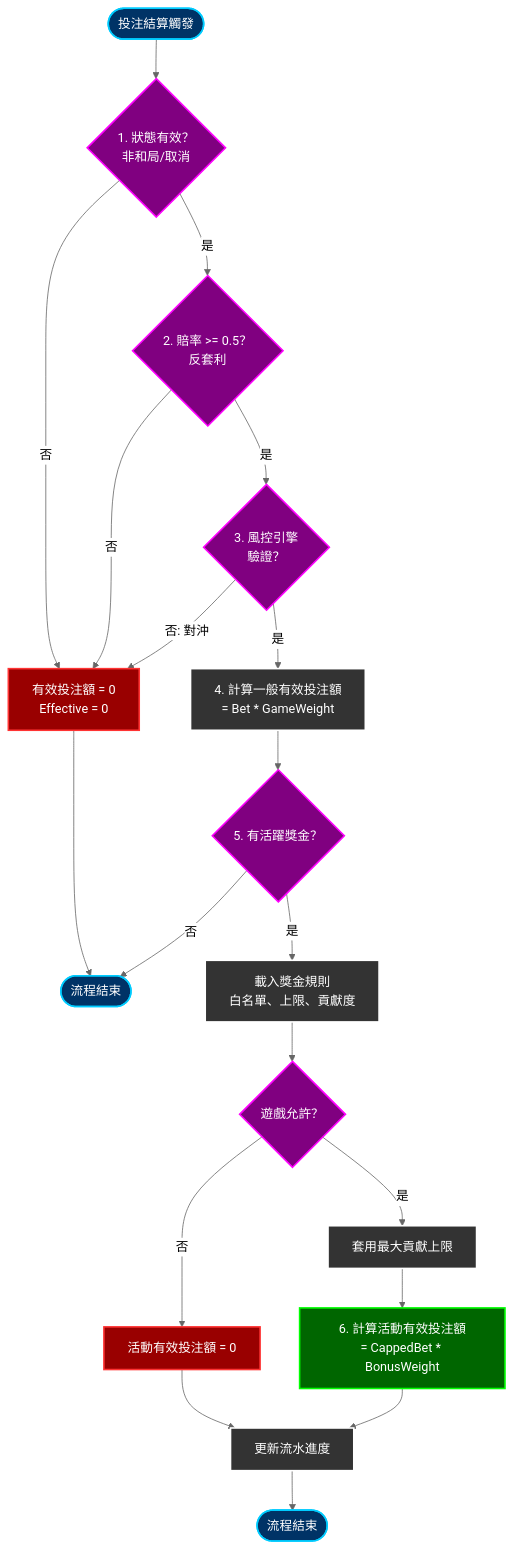
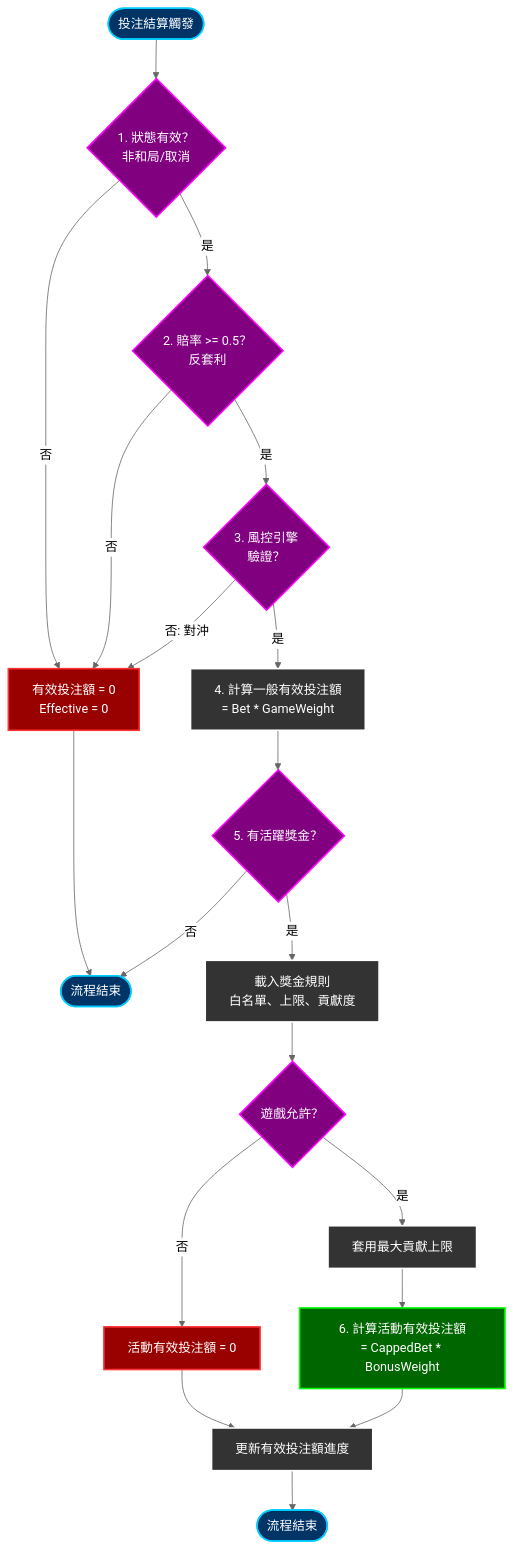
The second of 2 diagrams in docs/iGaming/architecture/02_Finance_Service/Turnover_Calculation_Architecture.md (ron03wlb/smart-admin), drawn with Mermaid (neutral theme) before and after one commit. The commit also changed 14 other files, not shown here.

````diff
--- a/docs/iGaming/architecture/02_Finance_Service/Turnover_Calculation_Architecture.md
+++ b/docs/iGaming/architecture/02_Finance_Service/Turnover_Calculation_Architecture.md
@@ -506,27 +506,27 @@
 ```mermaid
 flowchart TD
     classDef startend fill:#003366,stroke:#00ccff,stroke-width:2px,color:#fff;
     classDef process fill:#333333,stroke:#fff,stroke-width:2px,color:#fff;
     classDef decision fill:#800080,stroke:#ff00ff,stroke-width:2px,color:#fff;
     classDef fail fill:#990000,stroke:#ff3333,stroke-width:2px,color:#fff;
     classDef success fill:#006600,stroke:#00ff00,stroke-width:2px,color:#fff;
 
     Bet([投注結算觸發]):::startend --> CheckStatus{1. 狀態有效？<br/>非和局/取消}:::decision
     CheckStatus -- 否 --> Invalid[有效投注額 = 0<br/>Effective = 0]:::fail
     CheckStatus -- 是 --> CheckOdds{2. 賠率 >= 0.5？<br/>反套利}:::decision
     CheckOdds -- 否 --> Invalid
     CheckOdds -- 是 --> RiskCheck{3. 風控引擎<br/>驗證？}:::decision
     RiskCheck -- 否: 對沖 --> Invalid
     RiskCheck -- 是 --> GeneralCalc[4. 計算一般有效投注額<br/>= Bet * GameWeight]:::process
     GeneralCalc --> HasBonus{5. 有活躍獎金？}:::decision
     HasBonus -- 否 --> EndNormal([流程結束]):::startend
     HasBonus -- 是 --> BonusRule[載入獎金規則<br/>白名單、上限、貢獻度]:::process
     BonusRule --> CheckWhite{遊戲允許？}:::decision
     CheckWhite -- 否 --> BonusZero[活動有效投注額 = 0]:::fail
     CheckWhite -- 是 --> CalcCap[套用最大貢獻上限]:::process
     CalcCap --> CalcBonusTO[6. 計算活動有效投注額<br/>= CappedBet * BonusWeight]:::success
-    BonusZero --> UpdateProgress[更新流水進度]:::process
+    BonusZero --> UpdateProgress[更新有效投注額進度]:::process
     CalcBonusTO --> UpdateProgress
     UpdateProgress --> EndBonus([流程結束]):::startend
     Invalid --> EndNormal
 ```
````
